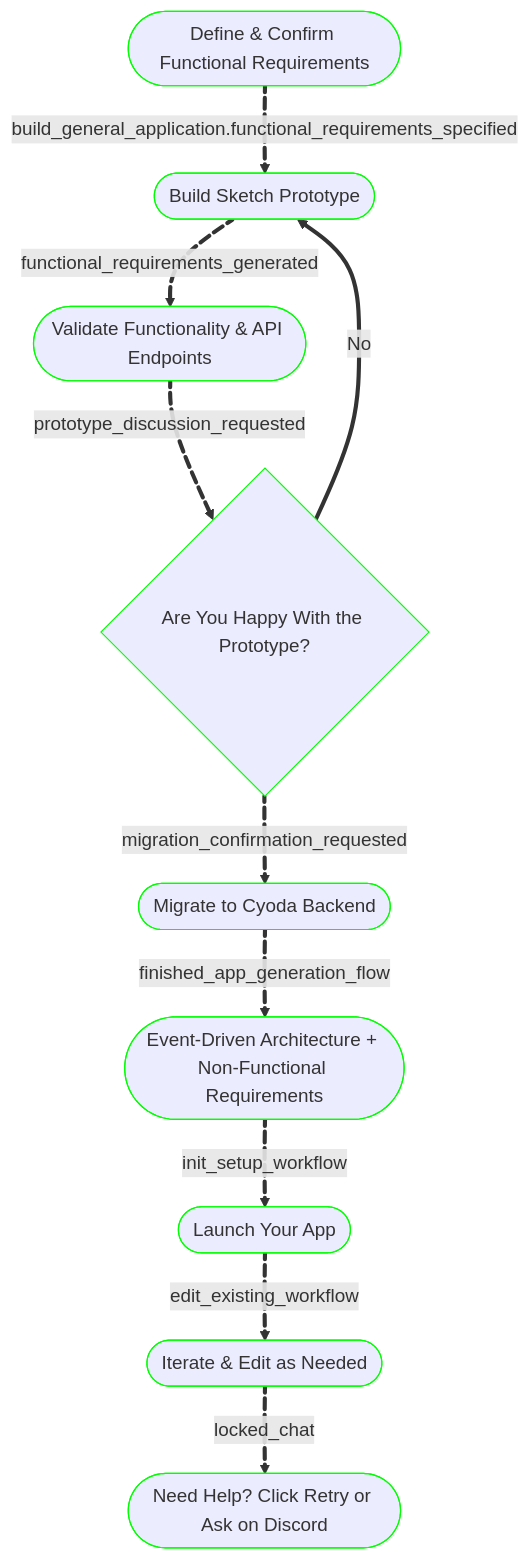
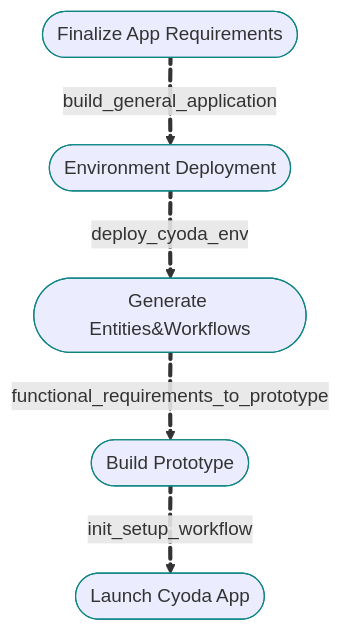
The diagram in workflow_configs/messages/welcome_user_25fc/message.md (Cyoda-platform/ai-assistant), drawn with Mermaid before and after one commit. The commit also changed other lines of this file and 55 other files, not shown here.

````diff
--- a/workflow_configs/messages/welcome_user_25fc/message.md
+++ b/workflow_configs/messages/welcome_user_25fc/message.md
@@ -22,24 +3,14 @@
 ```mermaid
 graph TD
-    A([Define & Confirm Functional Requirements]):::bar e1@== build_general_application.functional_requirements_specified
-    ==> B([Build Sketch Prototype]):::bar
-    B e2@== functional_requirements_generated ==> C([Validate Functionality & API Endpoints]):::bar
-    C e3@== prototype_discussion_requested ==> D{Are You Happy With the Prototype?}:::bar
-    D e4@== migration_confirmation_requested ==> E([Migrate to Cyoda Backend]):::bar
-    E e5@== finished_app_generation_flow ==> F([Event-Driven Architecture + Non-Functional Requirements]):::bar
-    F e6@== init_setup_workflow ==> G([Launch Your App]):::bar
-    G e7@== edit_existing_workflow ==> H([Iterate & Edit as Needed]):::bar
+    A([Finalize App Requirements]):::bar e1@== build_general_application
+    ==> B([Environment Deployment]):::bar
+    B e2@== deploy_cyoda_env ==> C([Generate Entities&Workflows]):::bar
+    C e3@== functional_requirements_to_prototype ==> D([Build Prototype]):::bar
+    D e4@== init_setup_workflow ==> E([Launch Cyoda App]):::bar
 
-    D e1@== No ==> B
-
-    H e8@== locked_chat ==> I([Need Help? Click Retry or Ask on Discord]):::bar
     e1@{ animate: true }
     e2@{ animate: true }
     e3@{ animate: true }
     e4@{ animate: true }
-    e5@{ animate: true }
-    e6@{ animate: true }
-    e7@{ animate: true }
-    e8@{ animate: true }
-    classDef bar stroke:#0f0
+    classDef bar stroke:#0D8484
 ```
````
